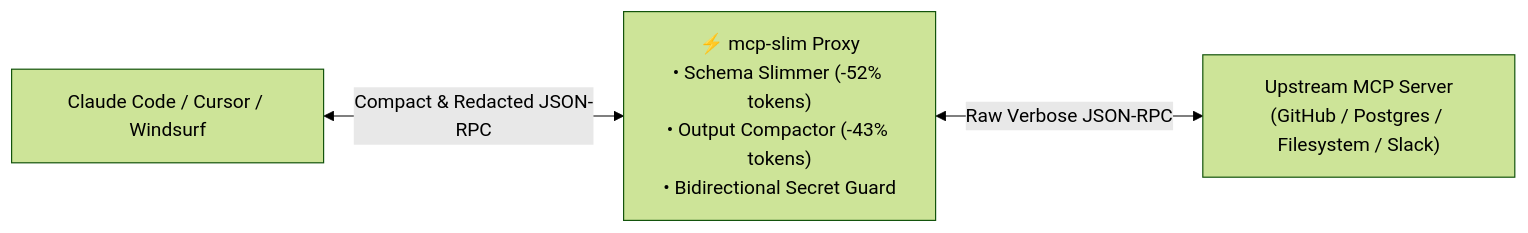
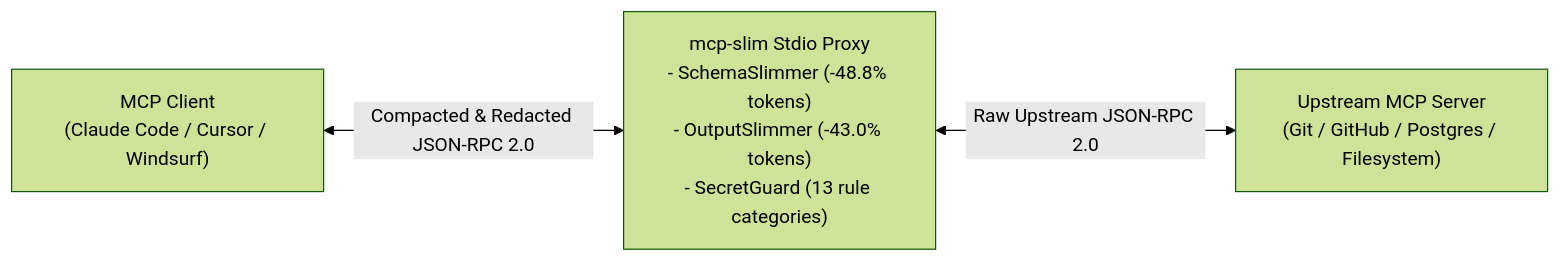
The diagram in README.md (SalyyS1/mcp-slim), drawn with Mermaid (forest theme) before and after one commit. The commit also changed other lines of this file and 8 other files, not shown here.

Commit message:
perf: optimize proxy and secret guard latency (4x speedup) and add reproducible SVG benchmarks

````diff
--- a/README.md
+++ b/README.md
@@ -27,9 +22,9 @@
 ```mermaid
 flowchart LR
-    Client["Claude Code / Cursor / Windsurf"]
-    Proxy["⚡ mcp-slim Proxy\n• Schema Slimmer (-52% tokens)\n• Output Compactor (-43% tokens)\n• Bidirectional Secret Guard"]
-    Server["Upstream MCP Server\n(GitHub / Postgres / Filesystem / Slack)"]
+    Client["MCP Client\n(Claude Code / Cursor / Windsurf)"]
+    Proxy["mcp-slim Stdio Proxy\n- SchemaSlimmer (-48.8% tokens)\n- OutputSlimmer (-43.0% tokens)\n- SecretGuard (13 rule categories)"]
+    Server["Upstream MCP Server\n(Git / GitHub / Postgres / Filesystem)"]
 
-    Client <-->|"Compact & Redacted JSON-RPC"| Proxy
-    Proxy <-->|"Raw Verbose JSON-RPC"| Server
+    Client <-->|"Compacted & Redacted JSON-RPC 2.0"| Proxy
+    Proxy <-->|"Raw Upstream JSON-RPC 2.0"| Server
 ```
````
